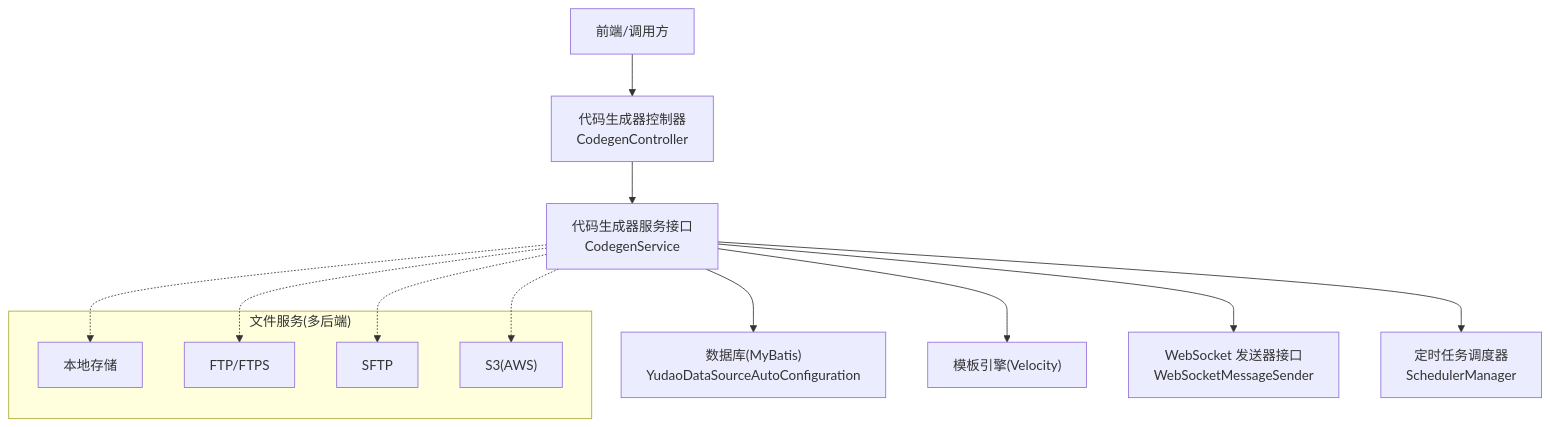
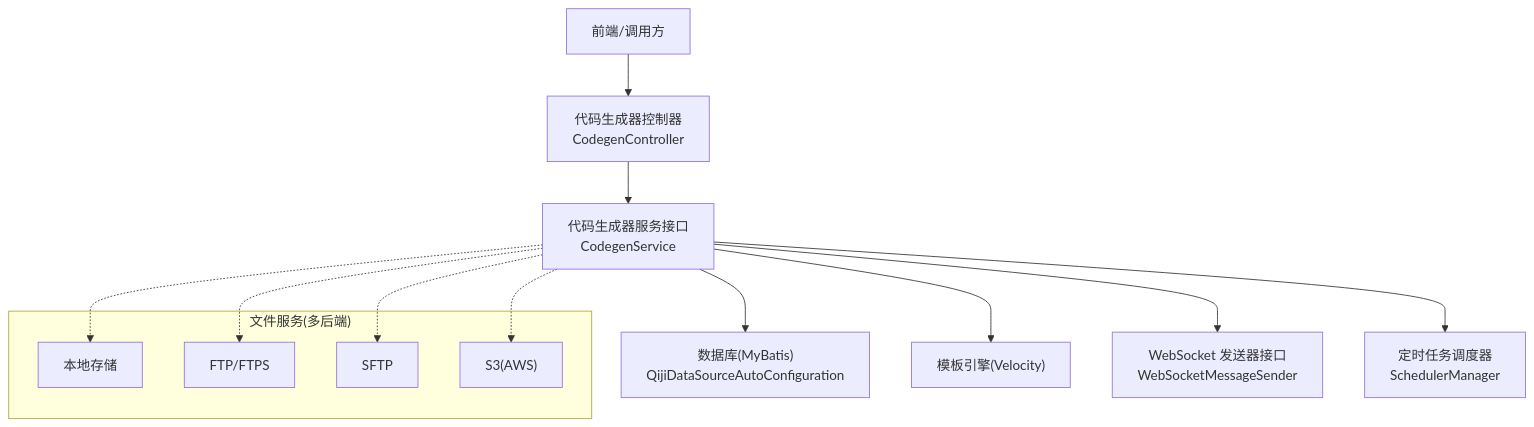
One commit to zhuangpengLI/AgenticCPS changed the second of 8 diagrams in backend/.qoder/repowiki/zh/content/核心业务模块/基础设施模块/基础设施模块.md. Above: the diagram before and after it, drawn with Mermaid. The commit also changed other lines of this file and 3489 other files, not shown here.

````diff
--- a/backend/.qoder/repowiki/zh/content/核心业务模块/基础设施模块/基础设施模块.md
+++ b/backend/.qoder/repowiki/zh/content/核心业务模块/基础设施模块/基础设施模块.md
@@ -90,19 +90,19 @@
 ```mermaid
 graph TB
 Client["前端/调用方"] --> API["代码生成器控制器<br/>CodegenController"]
 API --> Svc["代码生成器服务接口<br/>CodegenService"]
-Svc --> DB["数据库(MyBatis)<br/>YudaoDataSourceAutoConfiguration"]
+Svc --> DB["数据库(MyBatis)<br/>QijiDataSourceAutoConfiguration"]
 Svc --> Tpl["模板引擎(Velocity)"]
 Svc --> WS["WebSocket 发送器接口<br/>WebSocketMessageSender"]
 Svc --> Job["定时任务调度器<br/>SchedulerManager"]
 subgraph "文件服务(多后端)"
 FS1["本地存储"]
 FS2["FTP/FTPS"]
 FS3["SFTP"]
 FS4["S3(AWS)"]
 end
 Svc -.-> FS1
 Svc -.-> FS2
 Svc -.-> FS3
 Svc -.-> FS4
 ```
````
